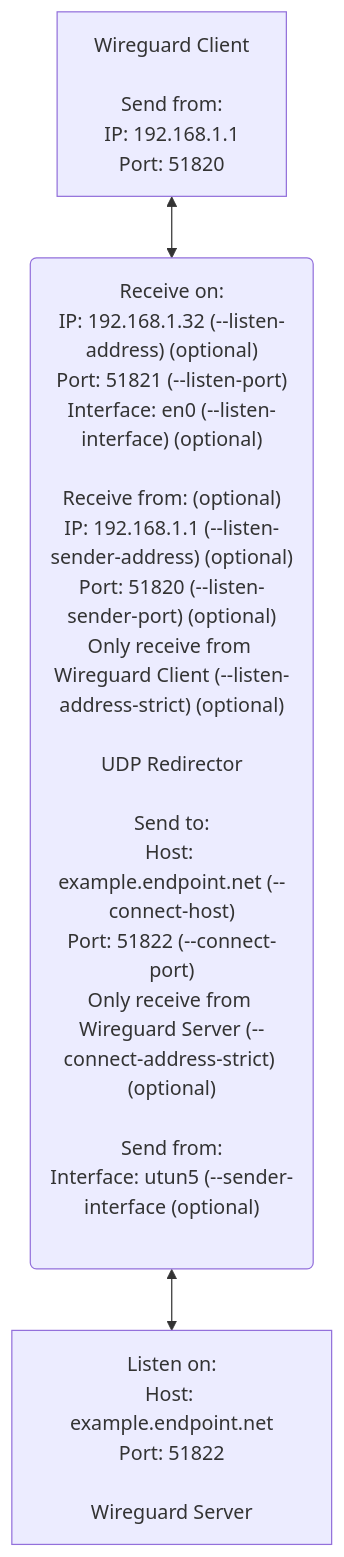
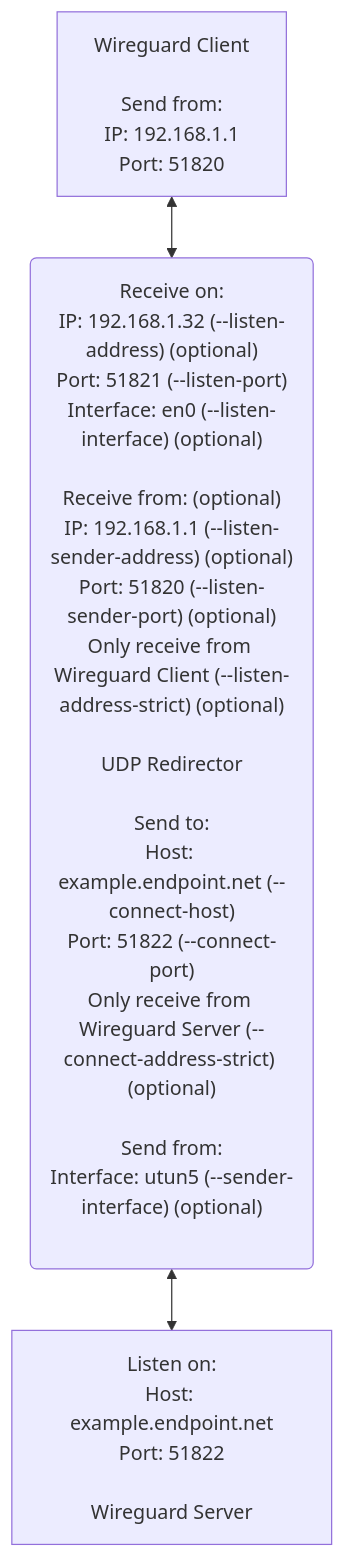
One commit to danpodeanu/udp-redirect changed the diagram in README.md. Above: the diagram before and after it, drawn with Mermaid.

Commit message:
README.md minor typo

````diff
--- a/README.md
+++ b/README.md
@@ -42,5 +42,5 @@
 ```mermaid
 graph TD
-    A["Wireguard Client <br/><br/>Send from:<br/>IP: 192.168.1.1<br/>Port: 51820"] <--> B("Receive on:<br/>IP: 192.168.1.32 (--listen-address) (optional)<br/>Port: 51821 (--listen-port)<br/>Interface: en0 (--listen-interface) (optional)<br/><br/>Receive from: (optional)<br/>IP: 192.168.1.1 (--listen-sender-address) (optional)<br/>Port: 51820 (--listen-sender-port) (optional)<br/>Only receive from Wireguard Client (--listen-address-strict) (optional)<br/><br/>UDP Redirector<br/><br/>Send to:<br/>Host: example.endpoint.net (--connect-host)</br>Port: 51822 (--connect-port)<br/>Only receive from Wireguard Server (--connect-address-strict) (optional)<br/><br/>Send from:<br/>Interface: utun5 (--sender-interface (optional)<br/><br/>")
+    A["Wireguard Client <br/><br/>Send from:<br/>IP: 192.168.1.1<br/>Port: 51820"] <--> B("Receive on:<br/>IP: 192.168.1.32 (--listen-address) (optional)<br/>Port: 51821 (--listen-port)<br/>Interface: en0 (--listen-interface) (optional)<br/><br/>Receive from: (optional)<br/>IP: 192.168.1.1 (--listen-sender-address) (optional)<br/>Port: 51820 (--listen-sender-port) (optional)<br/>Only receive from Wireguard Client (--listen-address-strict) (optional)<br/><br/>UDP Redirector<br/><br/>Send to:<br/>Host: example.endpoint.net (--connect-host)</br>Port: 51822 (--connect-port)<br/>Only receive from Wireguard Server (--connect-address-strict) (optional)<br/><br/>Send from:<br/>Interface: utun5 (--sender-interface) (optional)<br/><br/>")
     B <--> C["Listen on:<br/>Host: example.endpoint.net<br/>Port: 51822<br/><br/>Wireguard Server"]
 ```
````
